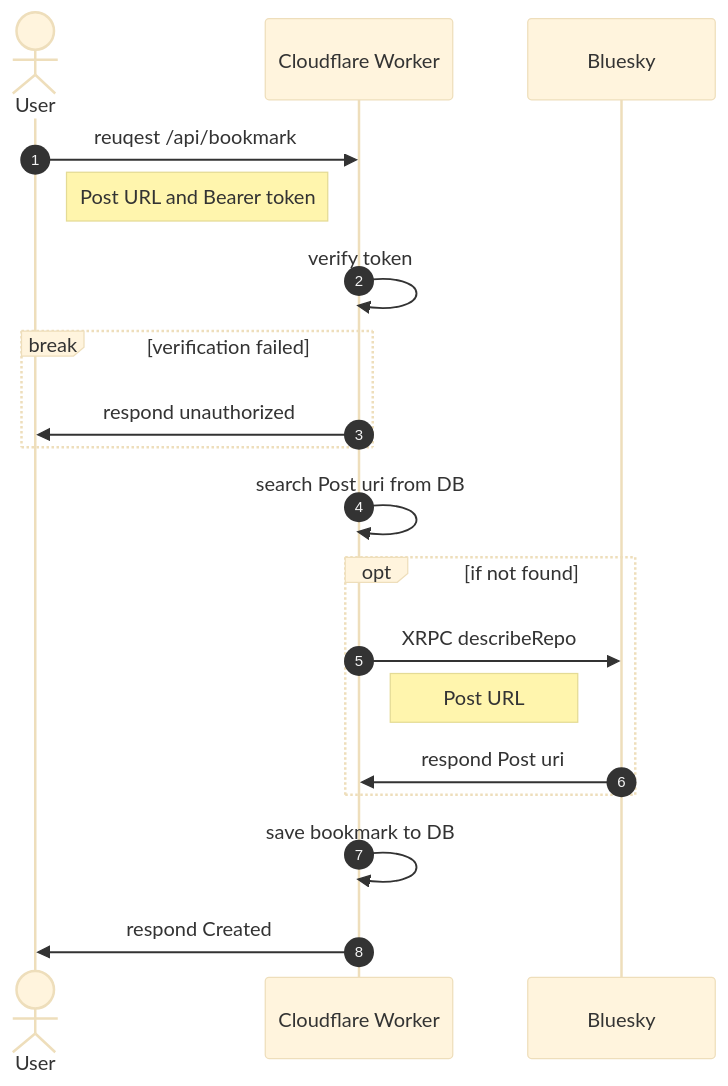
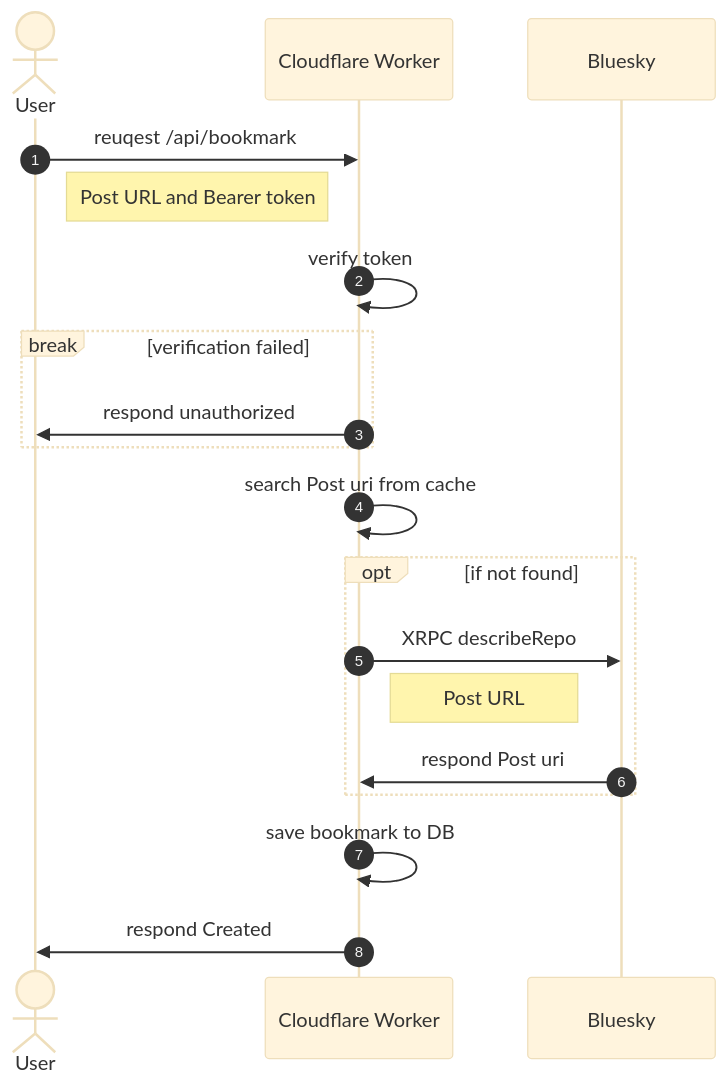
The second of 4 diagrams in README.md (mzyy94/bluebookmark), drawn with Mermaid (base theme) before and after one commit. The commit also changed other lines of this file, not shown here.

Commit message:
Apply PostRecord caching flow to diagrams

````diff
--- a/README.md
+++ b/README.md
@@ -186,21 +186,21 @@
 ```mermaid
 sequenceDiagram
     autonumber
     actor User
     participant Cloudflare as Cloudflare Worker
     participant Bluesky
     User->>Cloudflare: reuqest /api/bookmark
     Note left of Cloudflare: Post URL and Bearer token
     Cloudflare->>Cloudflare: verify token
     break verification failed
         Cloudflare->>User: respond unauthorized
     end
-    Cloudflare->>Cloudflare: search Post uri from DB
+    Cloudflare->>Cloudflare: search Post uri from cache
     opt if not found
         Cloudflare->>Bluesky: XRPC describeRepo
         Note right of Cloudflare: Post URL
         Bluesky->>Cloudflare: respond Post uri
     end
     Cloudflare->>Cloudflare: save bookmark to DB
     Cloudflare->>User: respond Created
 ```
````
